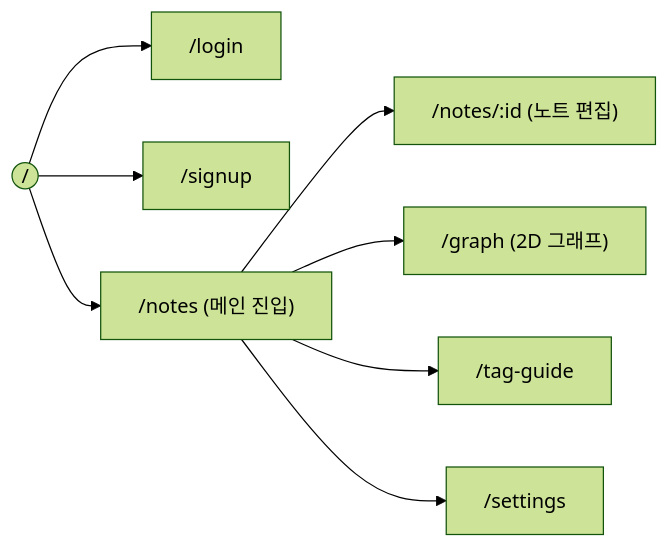
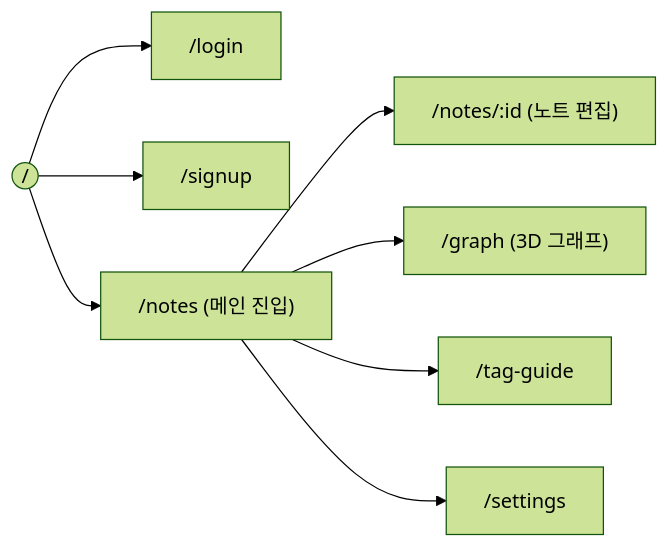
One commit to GC-Five-Guys/Docs changed the first of 3 diagrams in 03_설계/화면_설계서.md. Above: the diagram before and after it, drawn with Mermaid (forest theme). The commit also changed other lines of this file and 10 other files, not shown here.

````diff
--- a/03_설계/화면_설계서.md
+++ b/03_설계/화면_설계서.md
@@ -23,11 +32,11 @@
 ```mermaid
 flowchart LR
   R(("/")) --> L["/login"]
   R --> SU["/signup"]
   R --> M["/notes (메인 진입)"]
 
   M --> N["/notes/:id (노트 편집)"]
-  M --> G["/graph (2D 그래프)"]
+  M --> G["/graph (3D 그래프)"]
   M --> T["/tag-guide"]
   M --> S["/settings"]
 ```
````
